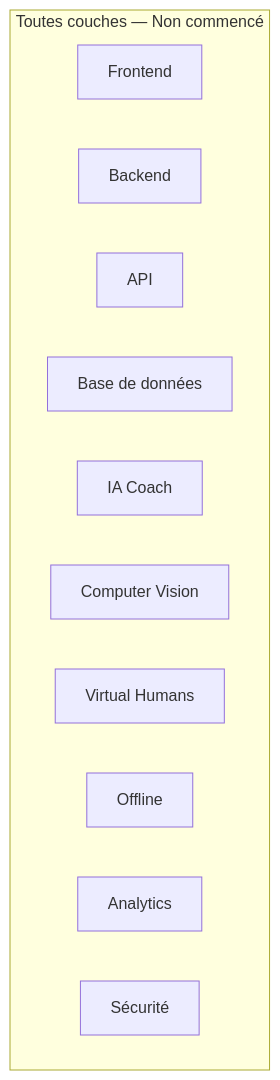
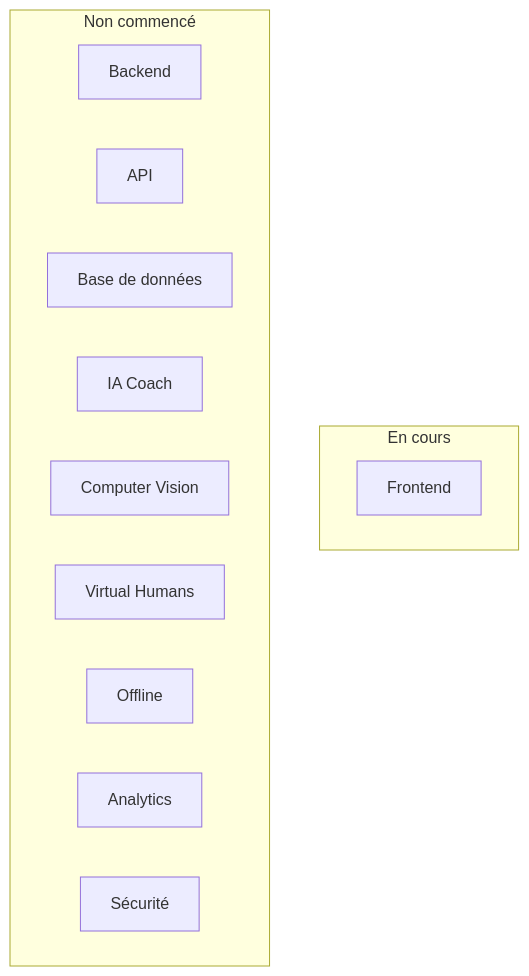
Before and after one commit to JavaChrist/Tai-Chi-AI-Coach: the first of 5 diagrams in docs/runtime/01_ARCHITECTURE_STATUS.md, drawn with Mermaid. The commit also changed other lines of this file and 59 other files, not shown here.

````diff
--- a/docs/runtime/01_ARCHITECTURE_STATUS.md
+++ b/docs/runtime/01_ARCHITECTURE_STATUS.md
@@ -95,15 +97,17 @@
 ```mermaid
 flowchart TB
-  subgraph NonCommence[Toutes couches — Non commencé]
+  subgraph EnCours[En cours]
     FE[Frontend]
+  end
+  subgraph NonCommence[Non commencé]
     BE[Backend]
     API[API]
     DB[Base de données]
     AI[IA Coach]
     CV[Computer Vision]
     VH[Virtual Humans]
     OFF[Offline]
     AN[Analytics]
     SEC[Sécurité]
   end
 ```
````
